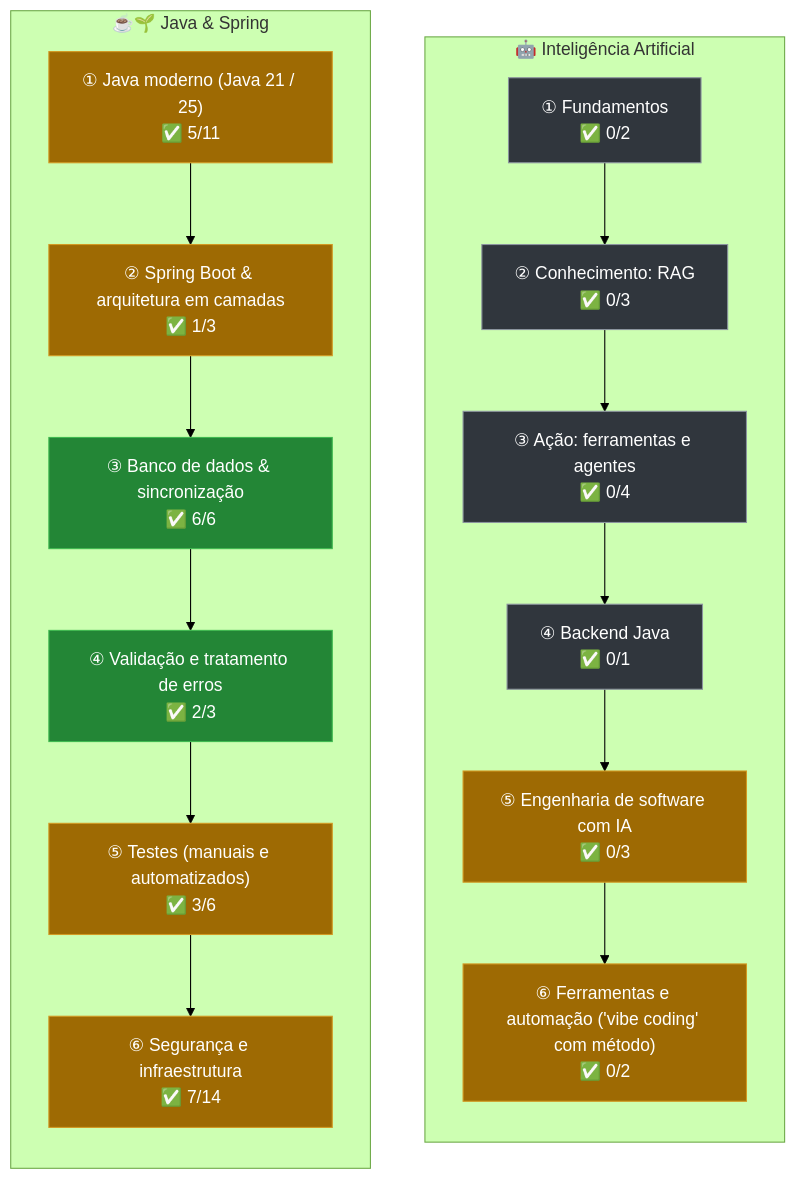
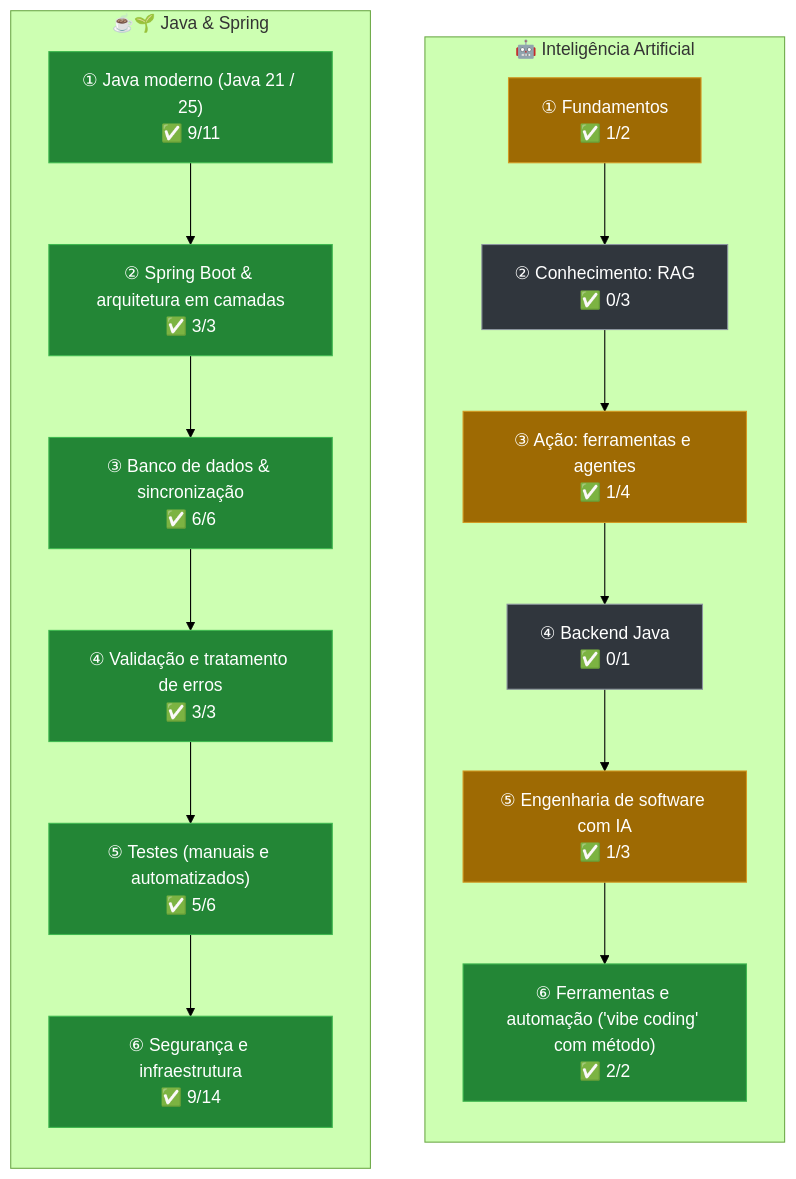
One commit to k3vinrich4rd/k3vinrich4rd changed diagram 16 of 19 in README.md. Above: the diagram before and after it, drawn with Mermaid (forest theme). The commit also changed other lines of this file and 3 other files, not shown here.

````diff
--- a/README.md
+++ b/README.md
@@ -1744,27 +1753,27 @@
 ```mermaid
 flowchart LR
     subgraph T0["☕🌱 Java & Spring"]
         direction TB
-        t0m0["① Java moderno (Java 21 / 25)<br/>✅ 5/11"]:::meio
-        t0m1["② Spring Boot & arquitetura em camadas<br/>✅ 1/3"]:::meio
+        t0m0["① Java moderno (Java 21 / 25)<br/>✅ 9/11"]:::forte
+        t0m1["② Spring Boot & arquitetura em camadas<br/>✅ 3/3"]:::forte
         t0m2["③ Banco de dados & sincronização<br/>✅ 6/6"]:::forte
-        t0m3["④ Validação e tratamento de erros<br/>✅ 2/3"]:::forte
-        t0m4["⑤ Testes (manuais e automatizados)<br/>✅ 3/6"]:::meio
-        t0m5["⑥ Segurança e infraestrutura<br/>✅ 7/14"]:::meio
+        t0m3["④ Validação e tratamento de erros<br/>✅ 3/3"]:::forte
+        t0m4["⑤ Testes (manuais e automatizados)<br/>✅ 5/6"]:::forte
+        t0m5["⑥ Segurança e infraestrutura<br/>✅ 9/14"]:::forte
         t0m0 --> t0m1 --> t0m2 --> t0m3 --> t0m4 --> t0m5
     end
     subgraph T1["🤖 Inteligência Artificial"]
         direction TB
-        t1m0["① Fundamentos<br/>✅ 0/2"]:::novo
+        t1m0["① Fundamentos<br/>✅ 1/2"]:::meio
         t1m1["② Conhecimento: RAG<br/>✅ 0/3"]:::novo
-        t1m2["③ Ação: ferramentas e agentes<br/>✅ 0/4"]:::novo
+        t1m2["③ Ação: ferramentas e agentes<br/>✅ 1/4"]:::meio
         t1m3["④ Backend Java<br/>✅ 0/1"]:::novo
-        t1m4["⑤ Engenharia de software com IA<br/>✅ 0/3"]:::meio
-        t1m5["⑥ Ferramentas e automação ('vibe coding' com método)<br/>✅ 0/2"]:::meio
+        t1m4["⑤ Engenharia de software com IA<br/>✅ 1/3"]:::meio
+        t1m5["⑥ Ferramentas e automação ('vibe coding' com método)<br/>✅ 2/2"]:::forte
         t1m0 --> t1m1 --> t1m2 --> t1m3 --> t1m4 --> t1m5
     end
     T0 ~~~ T1
     classDef forte fill:#238636,stroke:#3fb950,color:#fff
     classDef meio fill:#9e6a03,stroke:#d29922,color:#fff
     classDef novo fill:#30363d,stroke:#8b949e,color:#fff
 ```
````
